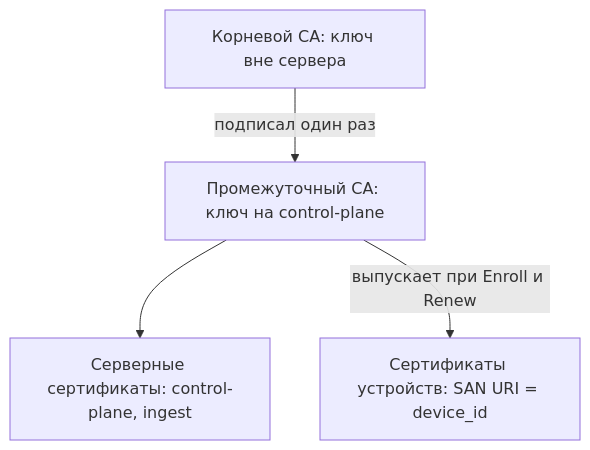
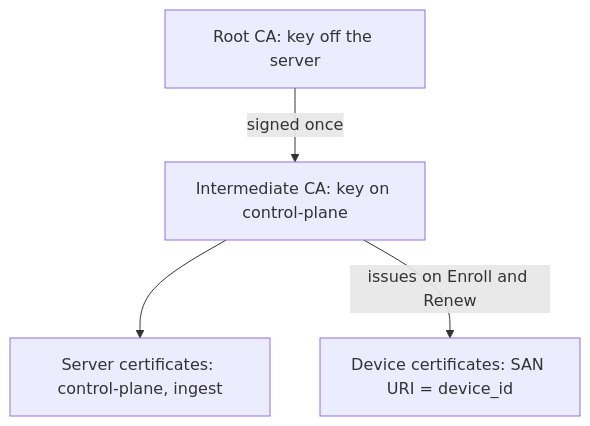
Before and after one commit to GrandAdmiralBee/fleetwatch: the first of 5 diagrams in docs/src/architecture/02-agent-identity.md, drawn with Mermaid. The commit also changed other lines of this file and 2 other files, not shown here.

````diff
--- a/docs/src/architecture/02-agent-identity.md
+++ b/docs/src/architecture/02-agent-identity.md
@@ -53,11 +53,11 @@
 ```mermaid
 flowchart TB
-    root["Корневой CA: ключ вне сервера"]
-    inter["Промежуточный CA: ключ на control-plane"]
-    srv["Серверные сертификаты: control-plane, ingest"]
-    dev["Сертификаты устройств: SAN URI = device_id"]
+    root["Root CA: key off the server"]
+    inter["Intermediate CA: key on control-plane"]
+    srv["Server certificates: control-plane, ingest"]
+    dev["Device certificates: SAN URI = device_id"]
 
-    root -->|"подписал один раз"| inter
+    root -->|"signed once"| inter
     inter --> srv
-    inter -->|"выпускает при Enroll и Renew"| dev
+    inter -->|"issues on Enroll and Renew"| dev
 ```
````
